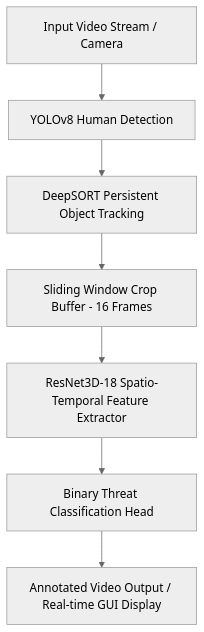
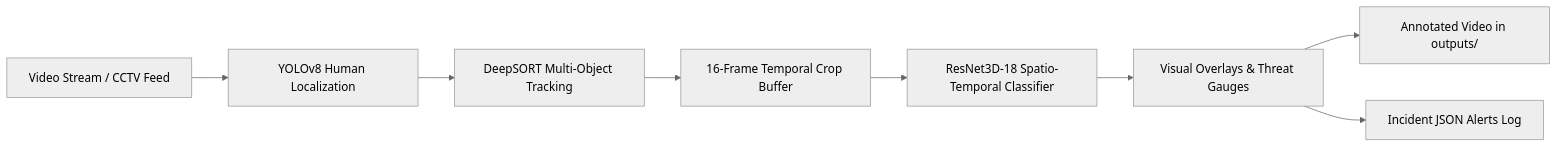
One commit to 5huaib/LatestCDS changed the diagram in README.md. Above: the diagram before and after it, drawn with Mermaid (neutral theme). The commit also changed other lines of this file and 12 other files, not shown here.

Commit message:
End-to-end crime detection ready: inputs/outputs structure, RTX A5000 training engine, and documentation

````diff
--- a/README.md
+++ b/README.md
@@ -20,9 +11,10 @@
 ```mermaid
-graph TD
-    A[Input Video Stream / Camera] --> B[YOLOv8 Human Detection]
-    B --> C[DeepSORT Persistent Object Tracking]
-    C --> D[Sliding Window Crop Buffer - 16 Frames]
-    D --> E[ResNet3D-18 Spatio-Temporal Feature Extractor]
-    E --> F[Binary Threat Classification Head]
-    F --> G[Annotated Video Output / Real-time GUI Display]
+graph LR
+    A[Video Stream / CCTV Feed] --> B[YOLOv8 Human Localization]
+    B --> C[DeepSORT Multi-Object Tracking]
+    C --> D[16-Frame Temporal Crop Buffer]
+    D --> E[ResNet3D-18 Spatio-Temporal Classifier]
+    E --> F[Visual Overlays & Threat Gauges]
+    F --> G[Annotated Video in outputs/]
+    F --> H[Incident JSON Alerts Log]
 ```
````
